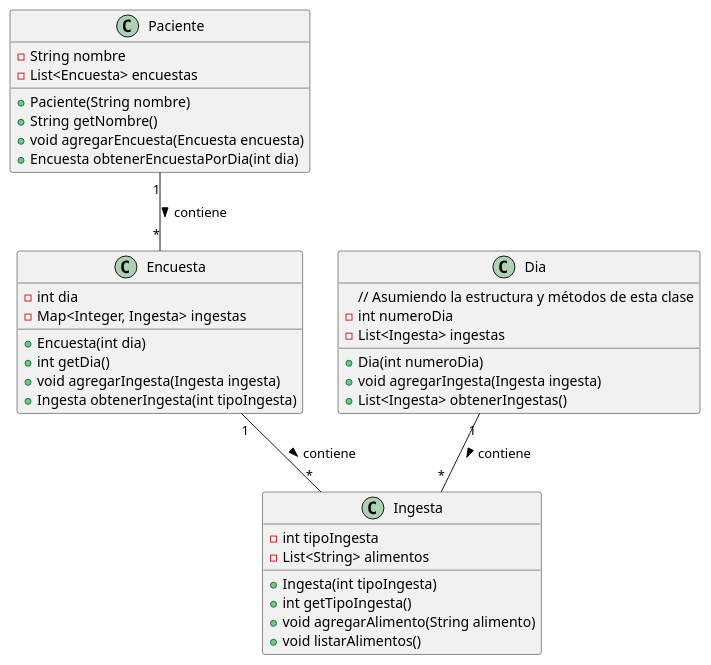
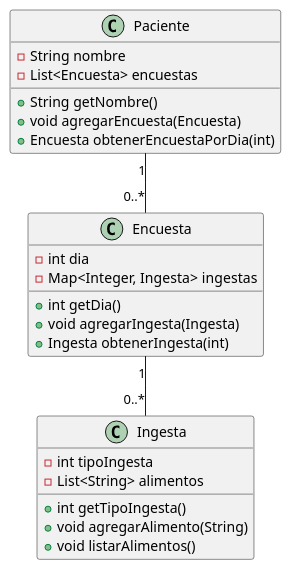
Before and after one commit to mmasias/23-24-eda1: the diagram in entregas/adrianPérez/examenFinal/README.md, drawn with PlantUML. The commit also changed other lines of this file and 1 other file, not shown here.

```diff
--- a/entregas/adrianPérez/examenFinal/README.md
+++ b/entregas/adrianPérez/examenFinal/README.md
@@ -22,43 +7,30 @@
 @startuml
 
 class Paciente {
     - String nombre
     - List<Encuesta> encuestas
-    + Paciente(String nombre)
     + String getNombre()
-    + void agregarEncuesta(Encuesta encuesta)
-    + Encuesta obtenerEncuestaPorDia(int dia)
+    + void agregarEncuesta(Encuesta)
+    + Encuesta obtenerEncuestaPorDia(int)
 }
 
 class Encuesta {
     - int dia
     - Map<Integer, Ingesta> ingestas
-    + Encuesta(int dia)
     + int getDia()
-    + void agregarIngesta(Ingesta ingesta)
-    + Ingesta obtenerIngesta(int tipoIngesta)
+    + void agregarIngesta(Ingesta)
+    + Ingesta obtenerIngesta(int)
 }
 
 class Ingesta {
     - int tipoIngesta
     - List<String> alimentos
-    + Ingesta(int tipoIngesta)
     + int getTipoIngesta()
-    + void agregarAlimento(String alimento)
+    + void agregarAlimento(String)
     + void listarAlimentos()
 }
 
-class Dia {
-    // Asumiendo la estructura y métodos de esta clase
-    - int numeroDia
-    - List<Ingesta> ingestas
-    + Dia(int numeroDia)
-    + void agregarIngesta(Ingesta ingesta)
-    + List<Ingesta> obtenerIngestas()
-}
-
-Paciente "1" -- "*" Encuesta : contiene >
-Encuesta "1" -- "*" Ingesta : contiene >
-Dia "1" -- "*" Ingesta : contiene >
+Paciente "1" -- "0..*" Encuesta
+Encuesta "1" -- "0..*" Ingesta
 
 @enduml
```
